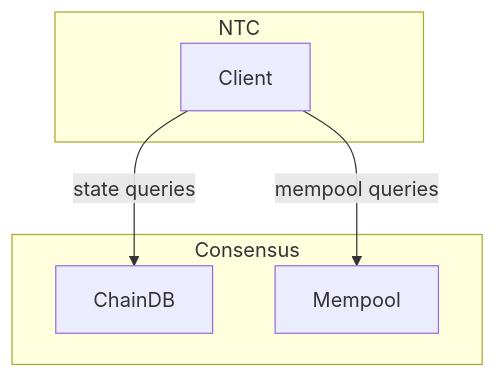
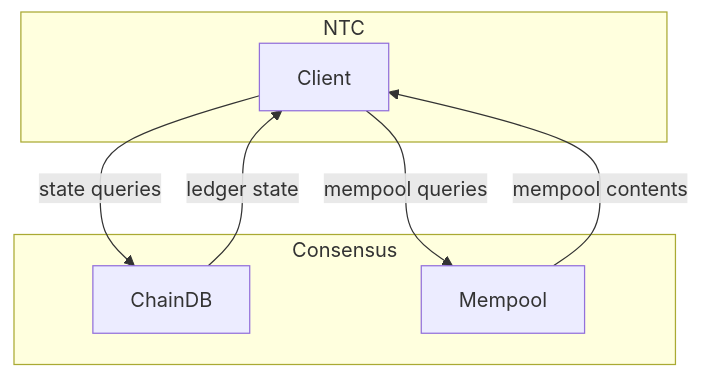
The fourth of 5 diagrams in docs/website/contents/explanations/data_flow.md (IntersectMBO/ouroboros-consensus), drawn with Mermaid before and after one commit. The commit also changed other lines of this file, not shown here.

````diff
--- a/docs/website/contents/explanations/data_flow.md
+++ b/docs/website/contents/explanations/data_flow.md
@@ -151,14 +155,16 @@
 ```mermaid
 graph TD
     subgraph NTC["NTC"]
         Client["Client"]
     end
 
     subgraph Consensus["Consensus"]
         ChainDB["ChainDB"]
         Mempool["Mempool"]
     end
 
     Client -->|state queries| ChainDB
+    ChainDB -->|ledger state| Client
     Client -->|mempool queries| Mempool
+    Mempool -->|mempool contents| Client
 ```
````
